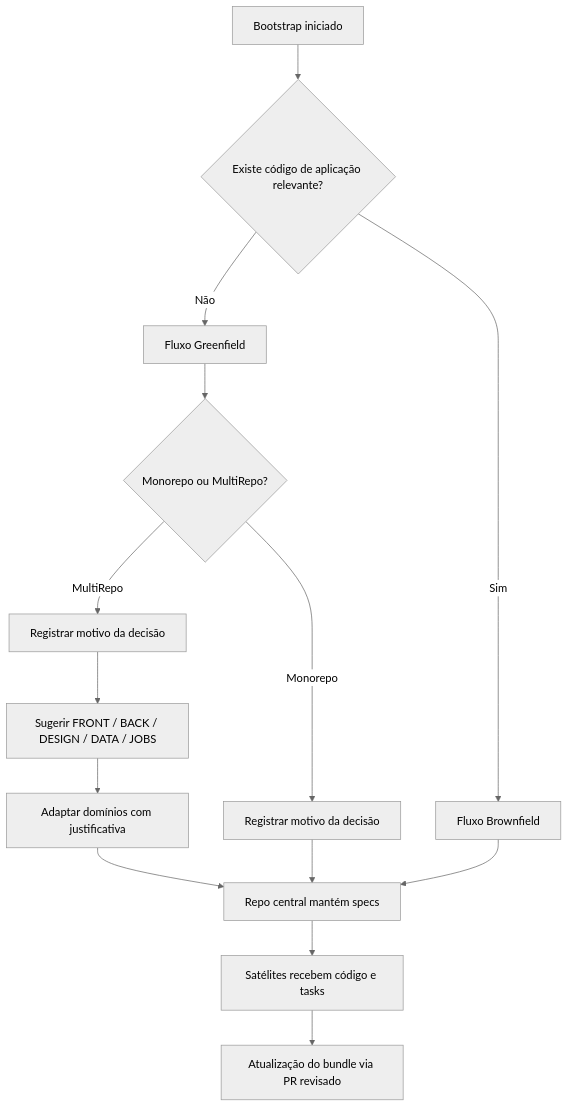
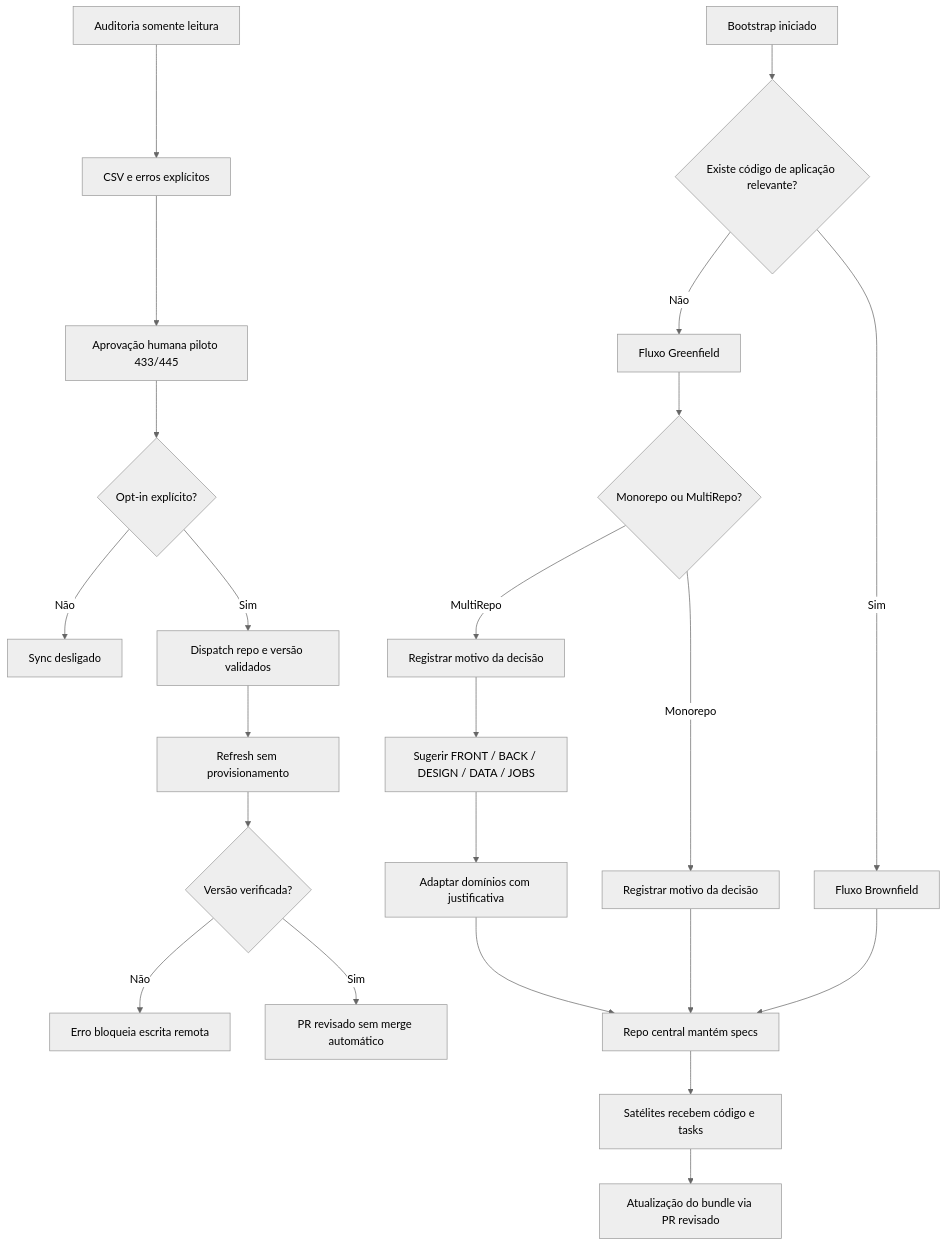
Before and after one commit to lrodriguesvpn/nimbus-code: the second of 2 diagrams in specs/020-satellite-repo-governance/graph.md, drawn with Mermaid (neutral theme). The commit also changed other lines of this file and 74 other files, not shown here.

````diff
--- a/specs/020-satellite-repo-governance/graph.md
+++ b/specs/020-satellite-repo-governance/graph.md
@@ -18,16 +29,25 @@
 ```mermaid
 graph TD
+  AUD[Auditoria somente leitura] --> REP[CSV e erros explícitos]
+  REP --> HUM[Aprovação humana piloto 433/445]
+  HUM --> FLAG{Opt-in explícito?}
+  FLAG -->|Não| STOP[Sync desligado]
+  FLAG -->|Sim| DIS[Dispatch repo e versão validados]
+  DIS --> REF[Refresh sem provisionamento]
+  REF --> VER{Versão verificada?}
+  VER -->|Não| ERR[Erro bloqueia escrita remota]
+  VER -->|Sim| REV[PR revisado sem merge automático]
   A[Bootstrap iniciado] --> B{Existe código de aplicação relevante?}
   B -->|Não| C[Fluxo Greenfield]
   B -->|Sim| D[Fluxo Brownfield]
   C --> E{Monorepo ou MultiRepo?}
   E -->|Monorepo| F[Registrar motivo da decisão]
   E -->|MultiRepo| G[Registrar motivo da decisão]
   G --> H[Sugerir FRONT / BACK / DESIGN / DATA / JOBS]
   H --> I[Adaptar domínios com justificativa]
   I --> J[Repo central mantém specs]
   F --> J
   D --> J
   J --> K[Satélites recebem código e tasks]
   K --> L[Atualização do bundle via PR revisado]
 ```
````
